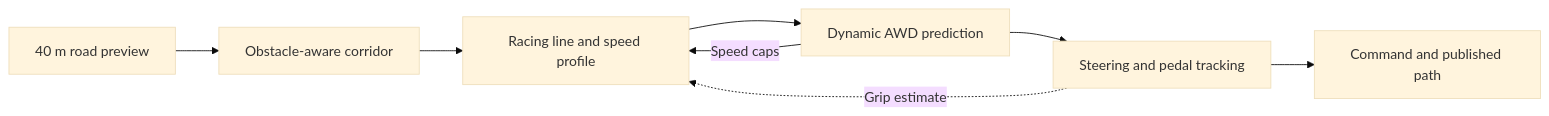
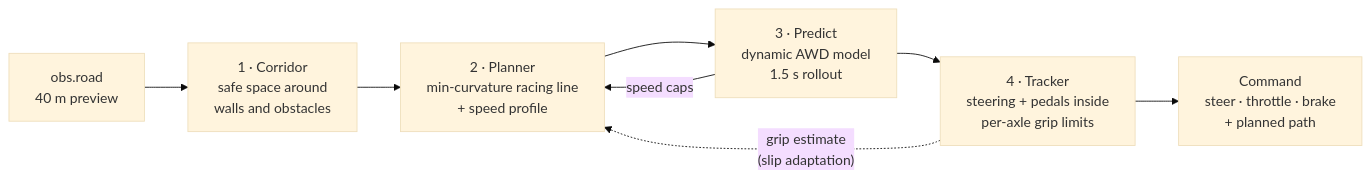
The diagram in README.md (rmaytr/HackUAB), drawn with Mermaid (base theme) before and after one commit. The commit also changed other lines of this file and 71 other files, not shown here.

````diff
--- a/README.md
+++ b/README.md
@@ -41,10 +55,10 @@
 ```mermaid
 flowchart LR
-    O[40 m road preview] --> H[Obstacle-aware corridor]
-    H --> P[Racing line and speed profile]
-    P --> V[Dynamic AWD prediction]
-    V -->|Speed caps| P
-    V --> T[Steering and pedal tracking]
-    T --> C[Command and published path]
-    T -. Grip estimate .-> P
+    O["obs.road<br/>40 m preview"] --> H["1 · Corridor<br/>safe space around<br/>walls and obstacles"]
+    H --> P["2 · Planner<br/>min-curvature racing line<br/>+ speed profile"]
+    P --> V["3 · Predict<br/>dynamic AWD model<br/>1.5 s rollout"]
+    V -- "speed caps" --> P
+    V --> T["4 · Tracker<br/>steering + pedals inside<br/>per-axle grip limits"]
+    T --> C["Command<br/>steer · throttle · brake<br/>+ planned path"]
+    T -. "grip estimate<br/>(slip adaptation)" .-> P
 ```
````
